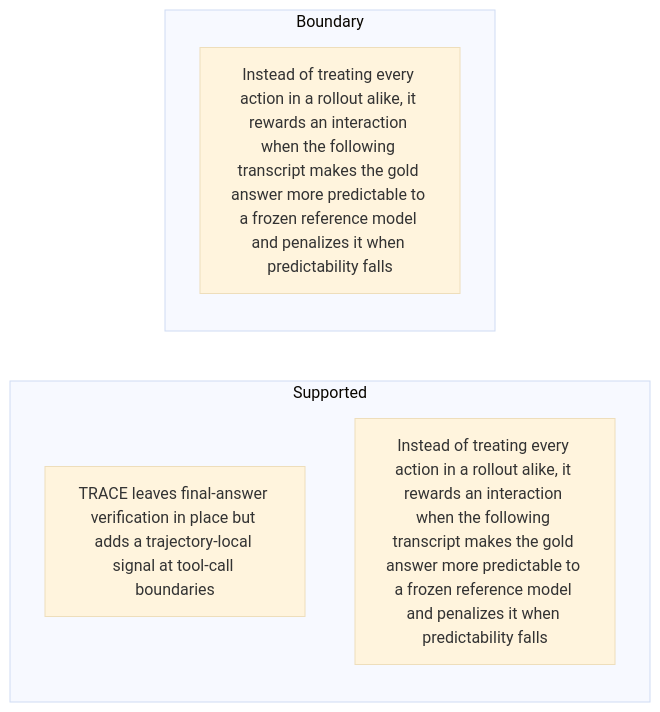
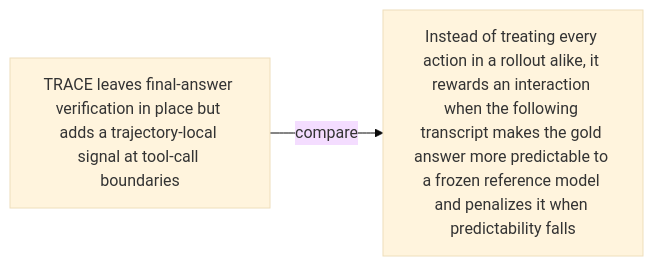
The ninth of 48 diagrams in docs/visual-manifests/VISUAL_MANIFEST_TRACE.md (Betancourt1/paper_atlas), drawn with Mermaid (base theme) before and after one commit. The commit also changed other lines of this file and 7 other files, not shown here.

````diff
--- a/docs/visual-manifests/VISUAL_MANIFEST_TRACE.md
+++ b/docs/visual-manifests/VISUAL_MANIFEST_TRACE.md
@@ -690,10 +663,6 @@
 ```mermaid
 flowchart LR
-  subgraph Supported
-    a1["TRACE leaves final-answer verification in place but adds a trajectory-local signal at tool-call boundaries"]
-    a2["Instead of treating every action in a rollout alike, it rewards an interaction when the following transcript makes the gold answer more predictable to a frozen reference model and penalizes it when predictability falls"]
-  end
-  subgraph Boundary
-    b1["Instead of treating every action in a rollout alike, it rewards an interaction when the following transcript makes the gold answer more predictable to a frozen reference model and penalizes it when predictability falls"]
-  end
+  n1["TRACE leaves final-answer verification in place but adds a trajectory-local signal at tool-call boundaries"]
+  n2["Instead of treating every action in a rollout alike, it rewards an interaction when the following transcript makes the gold answer more predictable to a frozen reference model and penalizes it when predictability falls"]
+  n1 -->|"compare"| n2
 ```
````
